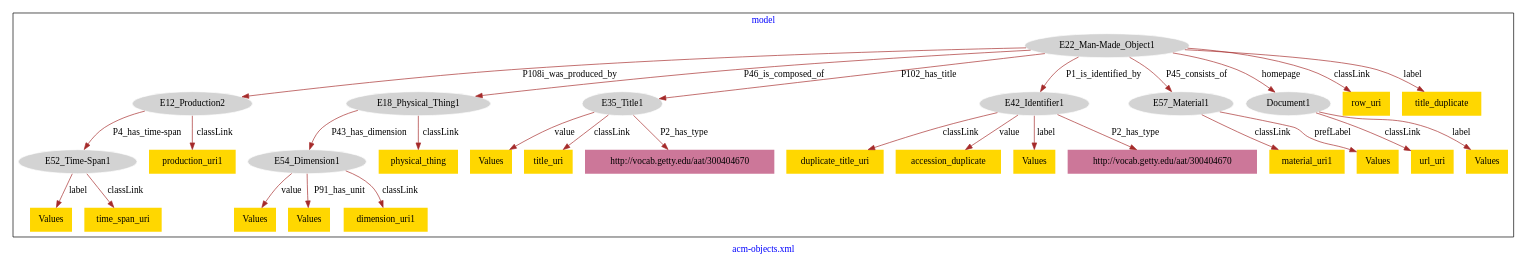
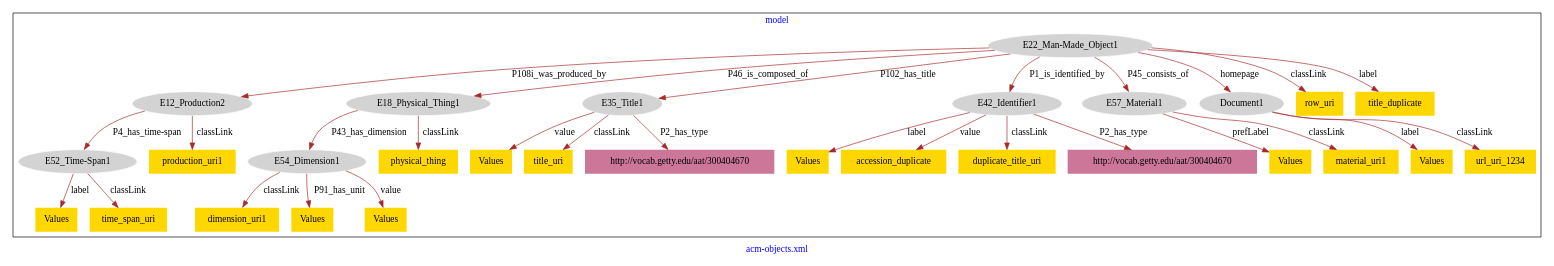
The diagram in acm-objects/acm-objects-model.dot (american-art/acm), drawn with Graphviz before and after one commit.

Commit message:
Update file acm-objects-model.dot

```diff
--- a/acm-objects/acm-objects-model.dot
+++ b/acm-objects/acm-objects-model.dot
@@ -1,65 +1,65 @@
 digraph n0 {
 fontcolor="blue"
 remincross="true"
 label="acm-objects.xml"
 subgraph cluster {
 label="model"
 n2[style="filled",color="white",fillcolor="lightgray",label="E12_Production2"];
 n3[style="filled",color="white",fillcolor="lightgray",label="E52_Time-Span1"];
 n4[style="filled",color="white",fillcolor="lightgray",label="E18_Physical_Thing1"];
 n5[style="filled",color="white",fillcolor="lightgray",label="E54_Dimension1"];
 n6[style="filled",color="white",fillcolor="lightgray",label="E22_Man-Made_Object1"];
 n7[style="filled",color="white",fillcolor="lightgray",label="E35_Title1"];
 n8[style="filled",color="white",fillcolor="lightgray",label="E42_Identifier1"];
 n9[style="filled",color="white",fillcolor="lightgray",label="E57_Material1"];
 n10[style="filled",color="white",fillcolor="lightgray",label="Document1"];
-n11[shape="plaintext",style="filled",fillcolor="gold",label="row_uri"];
-n12[shape="plaintext",style="filled",fillcolor="gold",label="duplicate_title_uri"];
+n11[shape="plaintext",style="filled",fillcolor="gold",label="physical_thing"];
+n12[shape="plaintext",style="filled",fillcolor="gold",label="Values"];
 n13[shape="plaintext",style="filled",fillcolor="gold",label="Values"];
-n14[shape="plaintext",style="filled",fillcolor="gold",label="time_span_uri"];
+n14[shape="plaintext",style="filled",fillcolor="gold",label="Values"];
 n15[shape="plaintext",style="filled",fillcolor="gold",label="accession_duplicate"];
-n16[shape="plaintext",style="filled",fillcolor="gold",label="url_uri"];
-n17[shape="plaintext",style="filled",fillcolor="gold",label="production_uri1"];
+n16[shape="plaintext",style="filled",fillcolor="gold",label="Values"];
+n17[shape="plaintext",style="filled",fillcolor="gold",label="dimension_uri1"];
 n18[shape="plaintext",style="filled",fillcolor="gold",label="Values"];
-n19[shape="plaintext",style="filled",fillcolor="gold",label="title_duplicate"];
-n20[shape="plaintext",style="filled",fillcolor="gold",label="material_uri1"];
-n21[shape="plaintext",style="filled",fillcolor="gold",label="Values"];
-n22[shape="plaintext",style="filled",fillcolor="gold",label="Values"];
-n23[shape="plaintext",style="filled",fillcolor="gold",label="Values"];
-n24[shape="plaintext",style="filled",fillcolor="gold",label="Values"];
-n25[shape="plaintext",style="filled",fillcolor="gold",label="dimension_uri1"];
+n19[shape="plaintext",style="filled",fillcolor="gold",label="duplicate_title_uri"];
+n20[shape="plaintext",style="filled",fillcolor="gold",label="Values"];
+n21[shape="plaintext",style="filled",fillcolor="gold",label="url_uri_1234"];
+n22[shape="plaintext",style="filled",fillcolor="gold",label="row_uri"];
+n23[shape="plaintext",style="filled",fillcolor="gold",label="production_uri1"];
+n24[shape="plaintext",style="filled",fillcolor="gold",label="material_uri1"];
+n25[shape="plaintext",style="filled",fillcolor="gold",label="time_span_uri"];
 n26[shape="plaintext",style="filled",fillcolor="gold",label="Values"];
-n27[shape="plaintext",style="filled",fillcolor="gold",label="physical_thing"];
-n28[shape="plaintext",style="filled",fillcolor="gold",label="title_uri"];
+n27[shape="plaintext",style="filled",fillcolor="gold",label="title_uri"];
+n28[shape="plaintext",style="filled",fillcolor="gold",label="title_duplicate"];
 n29[shape="plaintext",style="filled",fillcolor="#CC7799",label="http://vocab.getty.edu/aat/300404670"];
 n30[shape="plaintext",style="filled",fillcolor="#CC7799",label="http://vocab.getty.edu/aat/300404670"];
 }
 n2 -> n3[color="brown",fontcolor="black",label="P4_has_time-span"]
 n4 -> n5[color="brown",fontcolor="black",label="P43_has_dimension"]
 n6 -> n2[color="brown",fontcolor="black",label="P108i_was_produced_by"]
 n6 -> n4[color="brown",fontcolor="black",label="P46_is_composed_of"]
 n6 -> n7[color="brown",fontcolor="black",label="P102_has_title"]
 n6 -> n8[color="brown",fontcolor="black",label="P1_is_identified_by"]
 n6 -> n9[color="brown",fontcolor="black",label="P45_consists_of"]
 n6 -> n10[color="brown",fontcolor="black",label="homepage"]
-n6 -> n11[color="brown",fontcolor="black",label="classLink"]
-n8 -> n12[color="brown",fontcolor="black",label="classLink"]
-n3 -> n13[color="brown",fontcolor="black",label="label"]
-n3 -> n14[color="brown",fontcolor="black",label="classLink"]
+n4 -> n11[color="brown",fontcolor="black",label="classLink"]
+n8 -> n12[color="brown",fontcolor="black",label="label"]
+n7 -> n13[color="brown",fontcolor="black",label="value"]
+n3 -> n14[color="brown",fontcolor="black",label="label"]
 n8 -> n15[color="brown",fontcolor="black",label="value"]
-n10 -> n16[color="brown",fontcolor="black",label="classLink"]
-n2 -> n17[color="brown",fontcolor="black",label="classLink"]
-n10 -> n18[color="brown",fontcolor="black",label="label"]
-n6 -> n19[color="brown",fontcolor="black",label="label"]
-n9 -> n20[color="brown",fontcolor="black",label="classLink"]
-n5 -> n21[color="brown",fontcolor="black",label="value"]
-n5 -> n22[color="brown",fontcolor="black",label="P91_has_unit"]
-n9 -> n23[color="brown",fontcolor="black",label="prefLabel"]
-n8 -> n24[color="brown",fontcolor="black",label="label"]
-n5 -> n25[color="brown",fontcolor="black",label="classLink"]
-n7 -> n26[color="brown",fontcolor="black",label="value"]
-n4 -> n27[color="brown",fontcolor="black",label="classLink"]
-n7 -> n28[color="brown",fontcolor="black",label="classLink"]
+n10 -> n16[color="brown",fontcolor="black",label="label"]
+n5 -> n17[color="brown",fontcolor="black",label="classLink"]
+n5 -> n18[color="brown",fontcolor="black",label="P91_has_unit"]
+n8 -> n19[color="brown",fontcolor="black",label="classLink"]
+n9 -> n20[color="brown",fontcolor="black",label="prefLabel"]
+n10 -> n21[color="brown",fontcolor="black",label="classLink"]
+n6 -> n22[color="brown",fontcolor="black",label="classLink"]
+n2 -> n23[color="brown",fontcolor="black",label="classLink"]
+n9 -> n24[color="brown",fontcolor="black",label="classLink"]
+n3 -> n25[color="brown",fontcolor="black",label="classLink"]
+n5 -> n26[color="brown",fontcolor="black",label="value"]
+n7 -> n27[color="brown",fontcolor="black",label="classLink"]
+n6 -> n28[color="brown",fontcolor="black",label="label"]
 n7 -> n29[color="brown",fontcolor="black",label="P2_has_type"]
 n8 -> n30[color="brown",fontcolor="black",label="P2_has_type"]
 }
```
